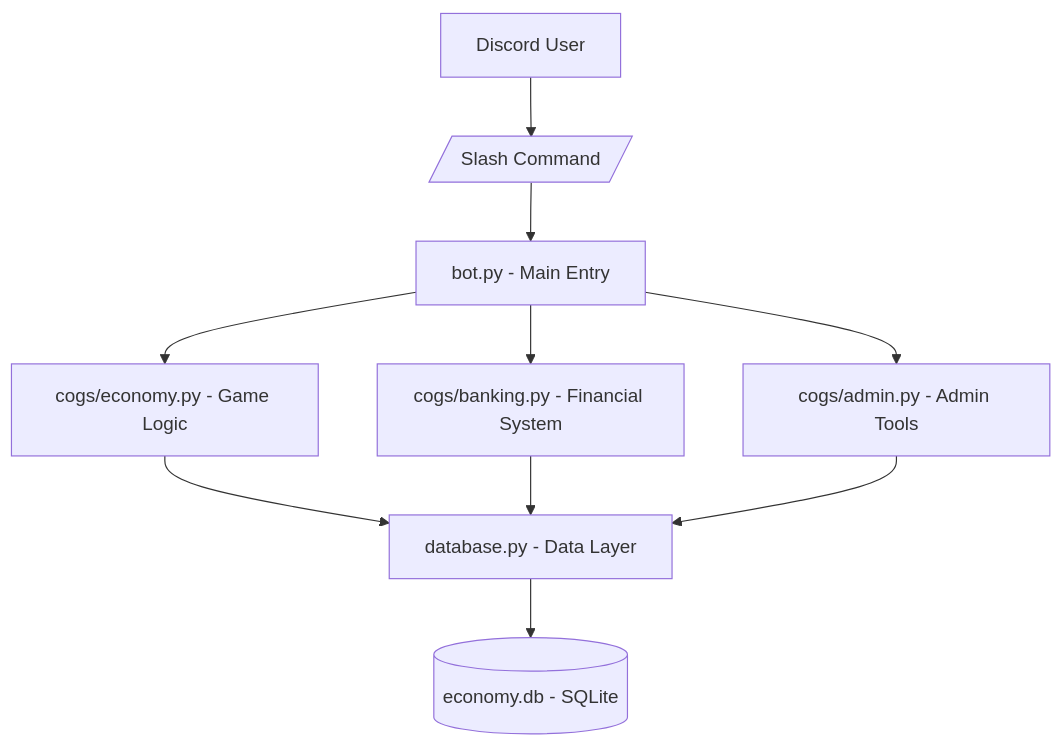
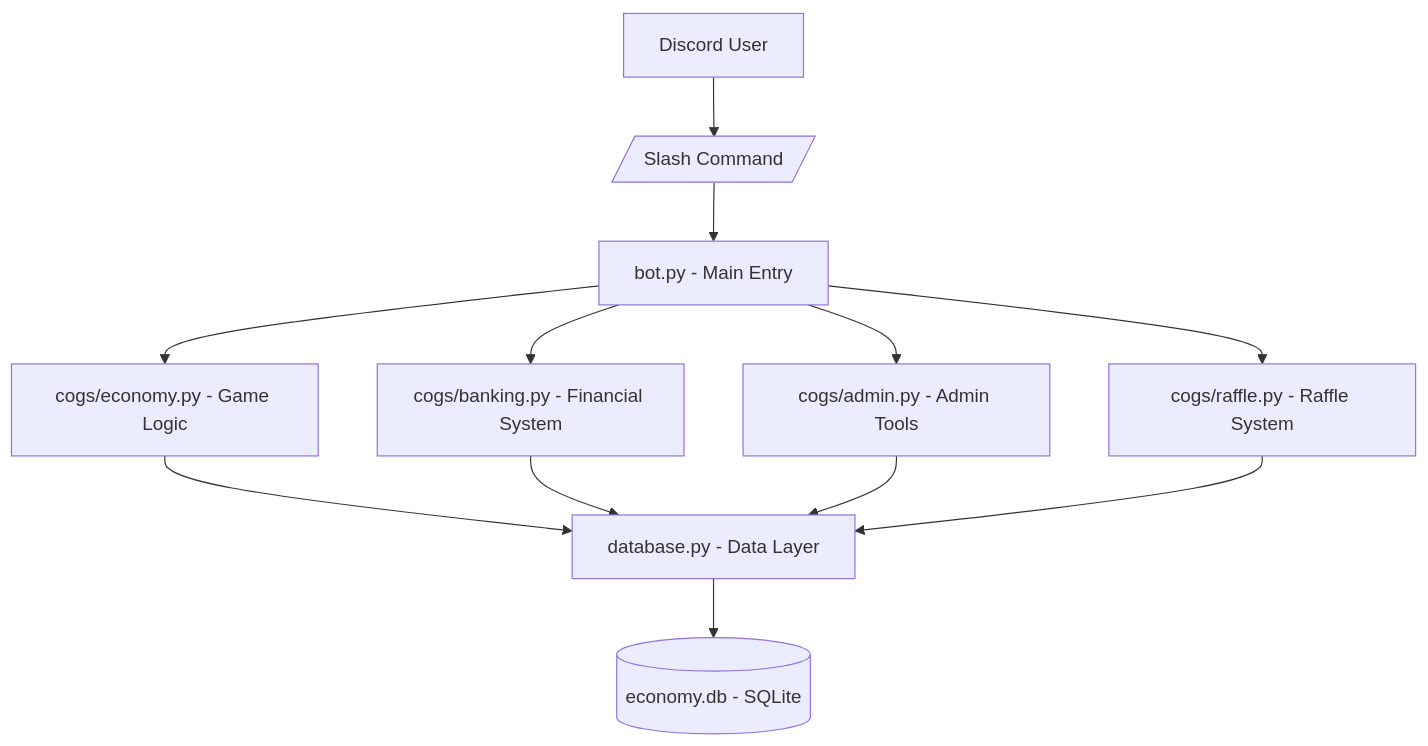
Before and after one commit to uhwar/Economy_Simulation_Bot: the diagram in README.md, drawn with Mermaid. The commit also changed other lines of this file and 5 other files, not shown here.

Commit message:
added raffle system

````diff
--- a/README.md
+++ b/README.md
@@ -23,14 +23,16 @@
 ```mermaid
 flowchart TD
     A[Discord User] --> B[/Slash Command/]
     B --> C[bot.py - Main Entry]
     C --> D[cogs/economy.py - Game Logic]
     C --> E[cogs/banking.py - Financial System]
     C --> F[cogs/admin.py - Admin Tools]
+    C --> G[cogs/raffle.py - Raffle System]
     
-    D --> G[database.py - Data Layer]
-    E --> G
-    F --> G
+    D --> H[database.py - Data Layer]
+    E --> H
+    F --> H
+    G --> H
     
-    G --> H[(economy.db - SQLite)]
+    H --> I[(economy.db - SQLite)]
 ```
````
